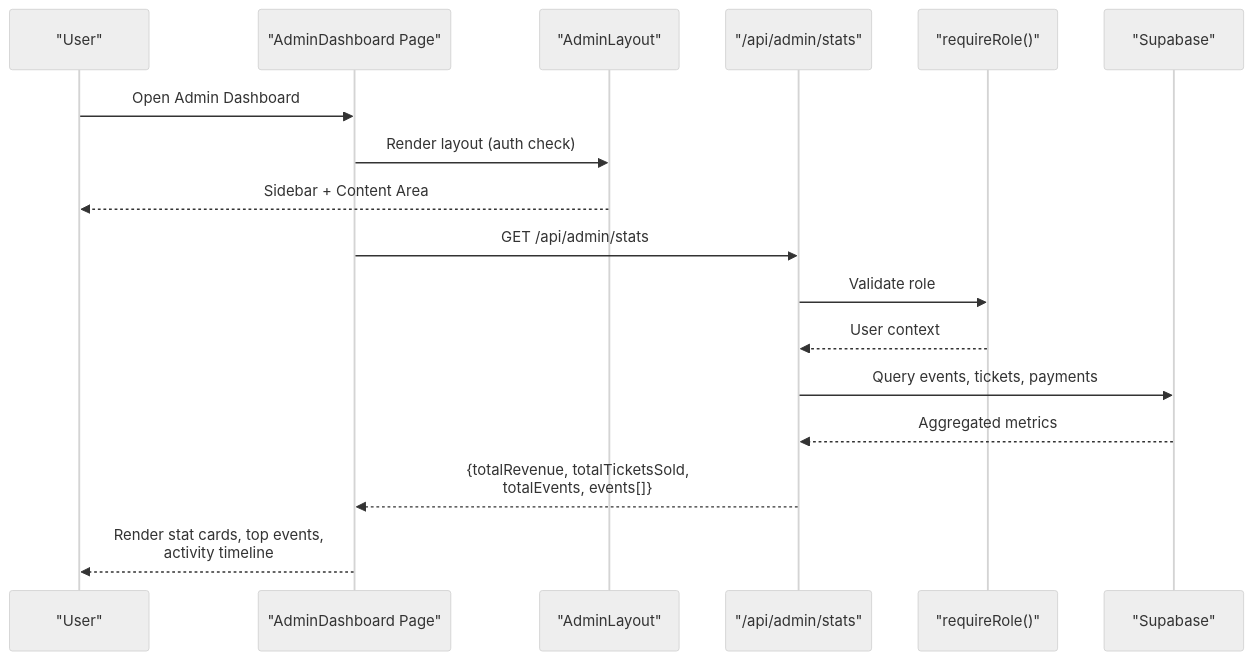
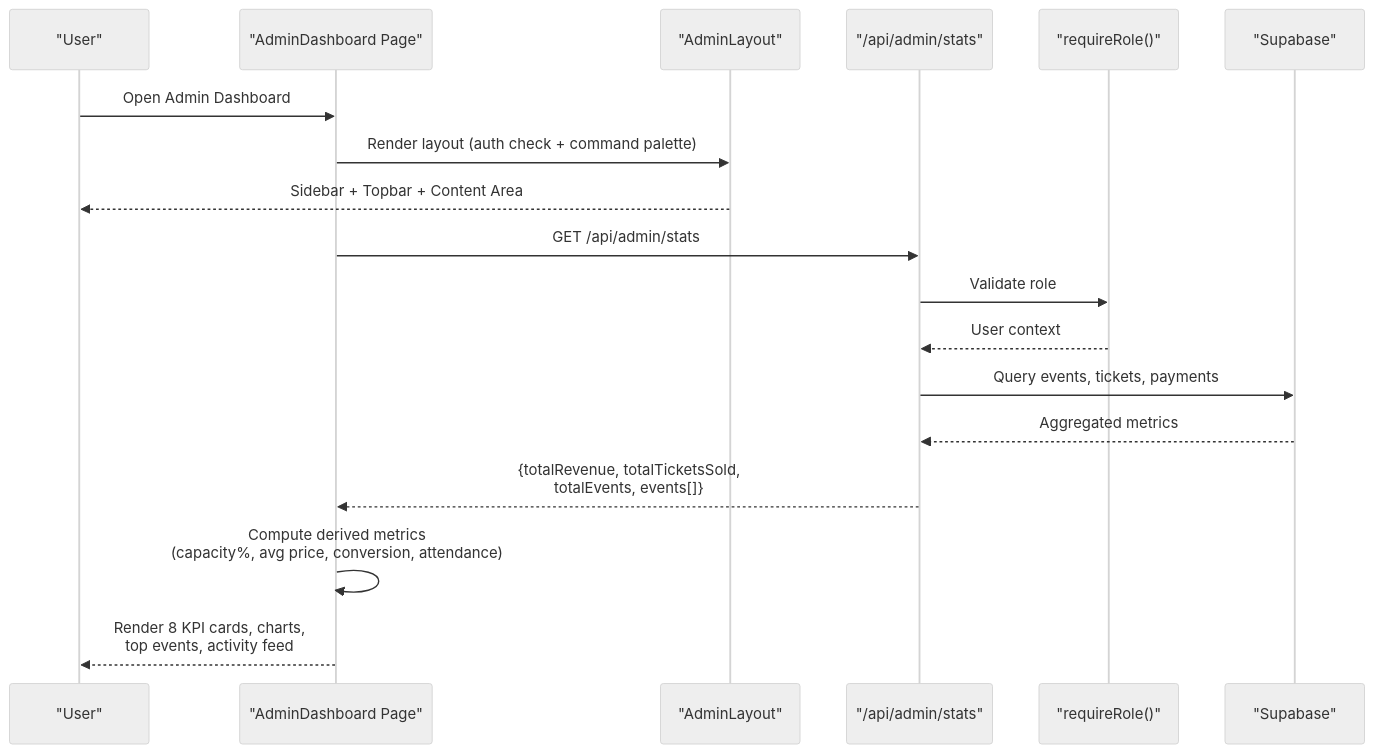
Before and after one commit to ObeyMuchechesi/TicketFlow: the second of 11 diagrams in .qoder/repowiki/en/content/Admin Dashboard/Dashboard Overview.md, drawn with Mermaid (neutral theme). The commit also changed other lines of this file and 12 other files, not shown here.

First line of the commit message:
docs: EcoCash schema columns and project documentation refresh

````diff
--- a/.qoder/repowiki/en/content/Admin Dashboard/Dashboard Overview.md
+++ b/.qoder/repowiki/en/content/Admin Dashboard/Dashboard Overview.md
@@ -83,19 +99,20 @@
 ```mermaid
 sequenceDiagram
 participant U as "User"
 participant P as "AdminDashboard Page"
 participant L as "AdminLayout"
 participant API as "/api/admin/stats"
 participant AUTH as "requireRole()"
 participant DB as "Supabase"
 U->>P : Open Admin Dashboard
-P->>L : Render layout (auth check)
-L-->>U : Sidebar + Content Area
+P->>L : Render layout (auth check + command palette)
+L-->>U : Sidebar + Topbar + Content Area
 P->>API : GET /api/admin/stats
 API->>AUTH : Validate role
 AUTH-->>API : User context
 API->>DB : Query events, tickets, payments
 DB-->>API : Aggregated metrics
 API-->>P : {totalRevenue, totalTicketsSold,<br/>totalEvents, events[]}
-P-->>U : Render stat cards, top events,<br/>activity timeline
+P->>P : Compute derived metrics<br/>(capacity%, avg price, conversion, attendance)
+P-->>U : Render 8 KPI cards, charts,<br/>top events, activity feed
 ```
````
